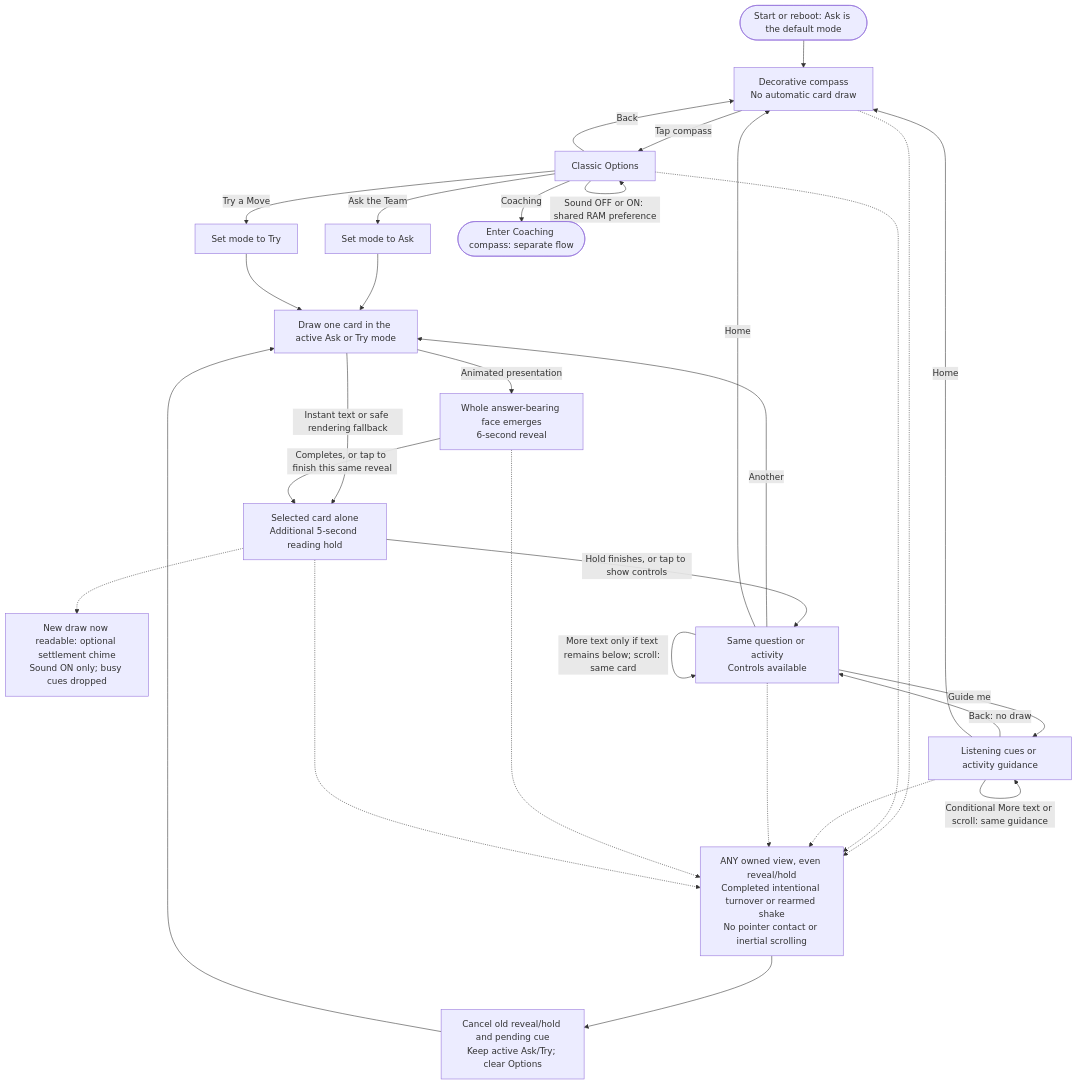
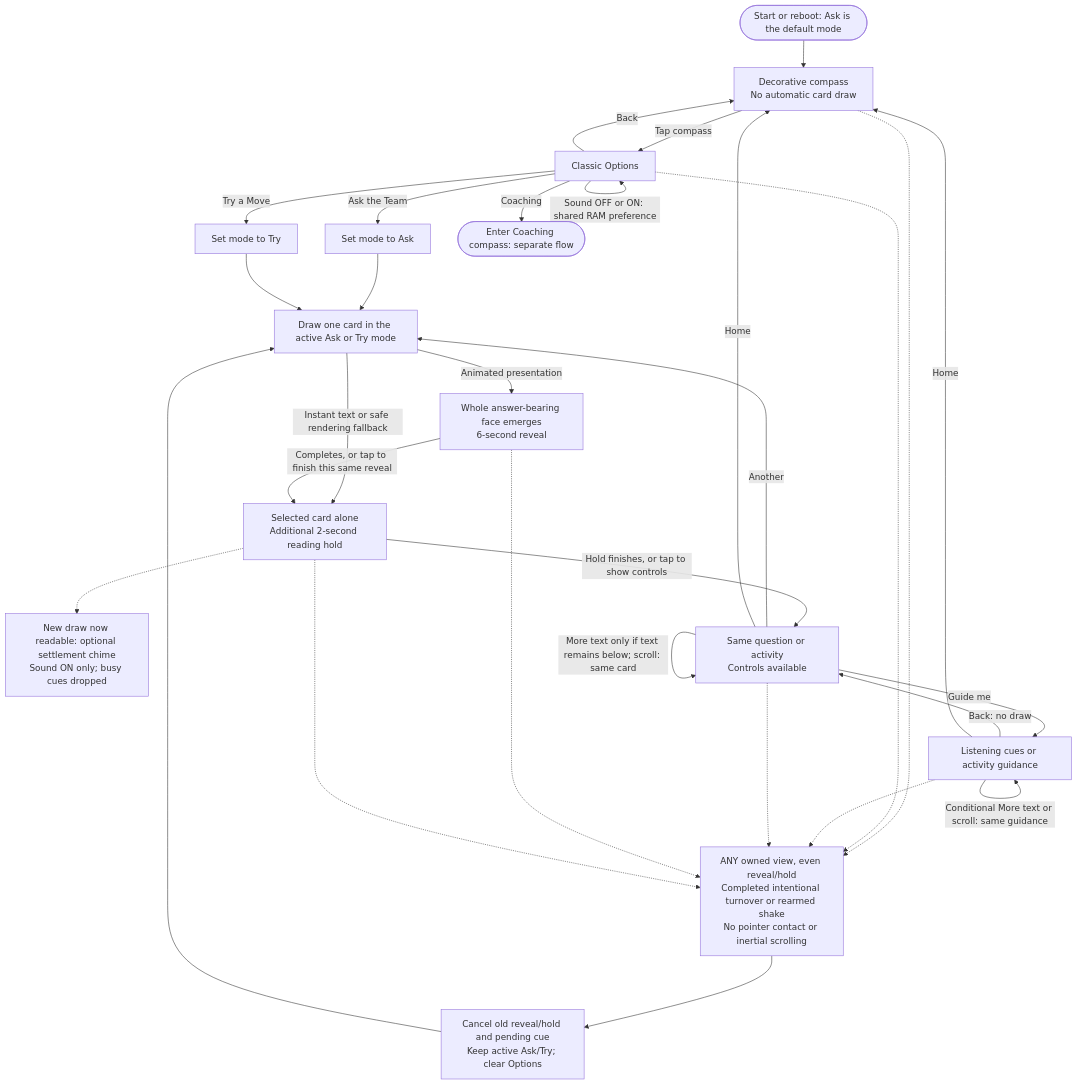
Before and after one commit to luminerdy/TrailGuide: the diagram in docs/CLASSIC-FLOW.md, drawn with Mermaid. The commit also changed other lines of this file and 11 other files, not shown here.

````diff
--- a/docs/CLASSIC-FLOW.md
+++ b/docs/CLASSIC-FLOW.md
@@ -20,33 +21,33 @@
 ```mermaid
 flowchart TD
     Boot([Start or reboot: Ask is the default mode]) --> Compass["Decorative compass<br/>No automatic card draw"]
     Compass -->|Tap compass| Options[Classic Options]
     Options -->|Ask the Team| Ask[Set mode to Ask]
     Options -->|Try a Move| Try[Set mode to Try]
     Ask --> Draw[Draw one card in the active Ask or Try mode]
     Try --> Draw
     Options -->|Instant text toggle| Options
     Options -->|Sound OFF or ON: shared RAM preference| Options
     Options -->|Back| Compass
     Options -->|Coaching| Coaching([Enter Coaching compass: separate flow])
     Draw -->|Animated presentation| Reveal["Whole answer-bearing face emerges<br/>6-second reveal"]
-    Draw -->|Instant text or safe rendering fallback| Hold["Selected card alone<br/>Additional 5-second reading hold"]
+    Draw -->|Instant text or safe rendering fallback| Hold["Selected card alone<br/>Additional 2-second reading hold"]
     Reveal -->|Completes, or tap to finish this same reveal| Hold
     Hold -.-> Cue["New draw now readable: optional settlement chime<br/>Sound ON only; busy cues dropped"]
     Hold -->|Hold finishes, or tap to show controls| Card["Same question or activity<br/>Controls available"]
     Card -->|Another| Draw
     Card -->|Guide me| Guide[Listening cues or activity guidance]
     Guide -->|Back: no draw| Card
     Card -->|More text only if text remains below; scroll: same card| Card
     Guide -->|Conditional More text or scroll: same guidance| Guide
     Card -->|Home| Compass
     Guide -->|Home| Compass
     Compass -.-> Fresh
     Options -.-> Fresh
     Guide -.-> Fresh
     Card -.-> Fresh
     Reveal -.-> Fresh
     Hold -.-> Fresh
     Fresh["ANY owned view, even reveal/hold<br/>Completed intentional turnover or rearmed shake<br/>No pointer contact or inertial scrolling"] --> Cancel["Cancel old reveal/hold and pending cue<br/>Keep active Ask/Try; clear Options"]
     Cancel --> Draw
 ```
````
